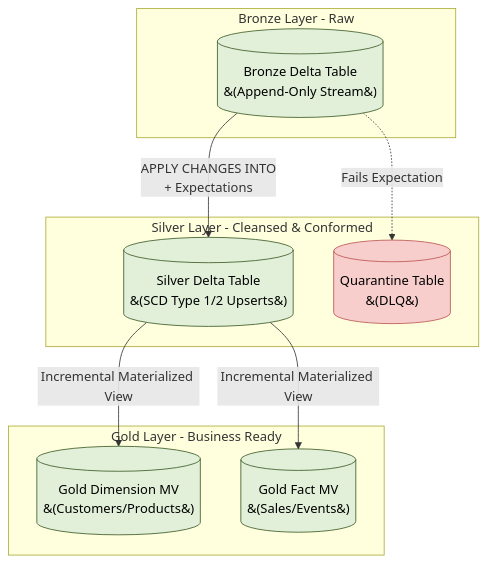
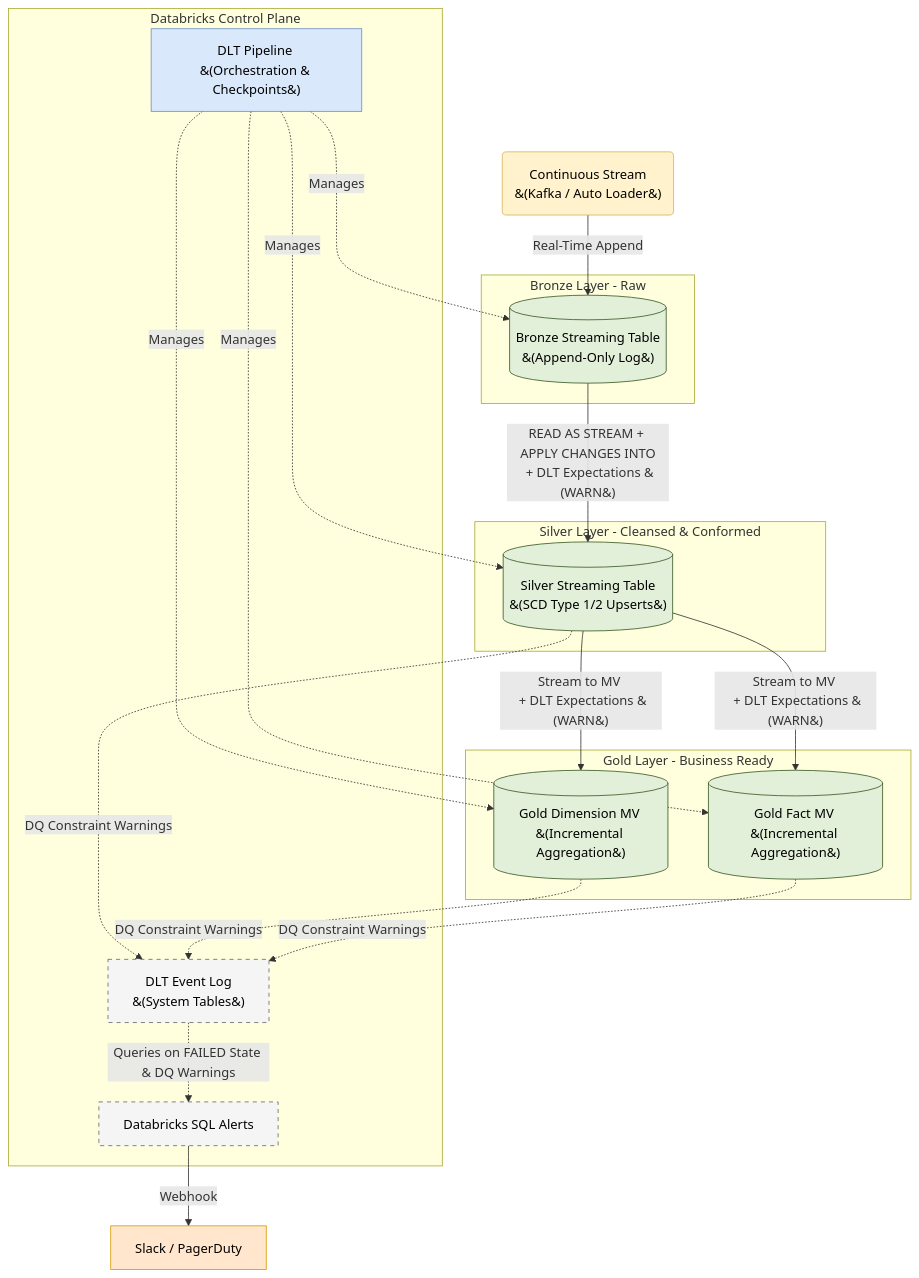
One commit to toanbui626391/data_architect changed the diagram in databricks/transformation_architecture.md. Above: the diagram before and after it, drawn with Mermaid. The commit also changed other lines of this file and 1 other file, not shown here.

````diff
--- a/databricks/transformation_architecture.md
+++ b/databricks/transformation_architecture.md
@@ -14,30 +14,59 @@
 ```mermaid
 flowchart TD
+    IngestionStream(Continuous Stream <br>&#40;Kafka / Auto Loader&#41;)
+
     subgraph Bronze [Bronze Layer - Raw]
-        BronzeTable[("Bronze Delta Table <br>&#40;Append-Only Stream&#41;")]
+        BronzeTable[(Bronze Streaming Table <br>&#40;Append-Only Log&#41;)]
     end
 
     subgraph Silver [Silver Layer - Cleansed & Conformed]
-        SilverTable[("Silver Delta Table <br>&#40;SCD Type 1/2 Upserts&#41;")]
-        DLQ[("Quarantine Table <br>&#40;DLQ&#41;")]
+        SilverTable[(Silver Streaming Table <br>&#40;SCD Type 1/2 Upserts&#41;)]
         
-        BronzeTable -->|APPLY CHANGES INTO <br> + Expectations| SilverTable
-        BronzeTable -.->|Fails Expectation| DLQ
+        BronzeTable -->|READ AS STREAM + <br> APPLY CHANGES INTO <br> + DLT Expectations &#40;WARN&#41;| SilverTable
     end
 
     subgraph Gold [Gold Layer - Business Ready]
-        GoldDim[("Gold Dimension MV <br>&#40;Customers/Products&#41;")]
-        GoldFact[("Gold Fact MV <br>&#40;Sales/Events&#41;")]
+        GoldDim[(Gold Dimension MV <br>&#40;Incremental Aggregation&#41;)]
+        GoldFact[(Gold Fact MV <br>&#40;Incremental Aggregation&#41;)]
         
-        SilverTable -->|Incremental Materialized View| GoldDim
-        SilverTable -->|Incremental Materialized View| GoldFact
+        SilverTable -->|Stream to MV <br> + DLT Expectations &#40;WARN&#41;| GoldDim
+        SilverTable -->|Stream to MV <br> + DLT Expectations &#40;WARN&#41;| GoldFact
     end
+
+    subgraph ControlPlane [Databricks Control Plane]
+        DLT[DLT Pipeline <br>&#40;Orchestration & Checkpoints&#41;]
+        EventLog[DLT Event Log <br>&#40;System Tables&#41;]
+        SQLAlert[Databricks SQL Alerts]
+    end
+    
+    Notification[Slack / PagerDuty]
+
+    %% Data Flow
+    IngestionStream -->|Real-Time Append| BronzeTable
+
+    %% DLT Orchestrates the full DAG
+    DLT -..->|Manages| BronzeTable
+    DLT -..->|Manages| SilverTable
+    DLT -..->|Manages| GoldDim
+    DLT -..->|Manages| GoldFact
+
+    %% Observability Flow
+    SilverTable -.->|DQ Constraint Warnings| EventLog
+    GoldDim -.->|DQ Constraint Warnings| EventLog
+    GoldFact -.->|DQ Constraint Warnings| EventLog
+    EventLog -.->|Queries on FAILED State & DQ Warnings| SQLAlert
+    SQLAlert -->|Webhook| Notification
 
     %% Style classes
     classDef storage fill:#e2f0d9,stroke:#385723,stroke-width:1px,color:#000;
     classDef process fill:#dae8fc,stroke:#6c8ebf,stroke-width:1px,color:#000;
-    classDef bad fill:#f8cecc,stroke:#b85450,stroke-width:1px,color:#000;
+    classDef source fill:#fff2cc,stroke:#d6b656,stroke-width:1px,color:#000;
+    classDef monitor fill:#f5f5f5,stroke:#666,stroke-width:1px,color:#000,stroke-dasharray: 5 5;
+    classDef alert fill:#ffe6cc,stroke:#d79b00,stroke-width:1px,color:#000;
     
     class BronzeTable,SilverTable,GoldDim,GoldFact storage;
-    class DLQ bad;
+    class DLT process;
+    class IngestionStream source;
+    class EventLog,SQLAlert monitor;
+    class Notification alert;
 ```
````
